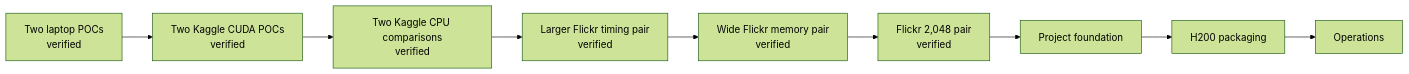
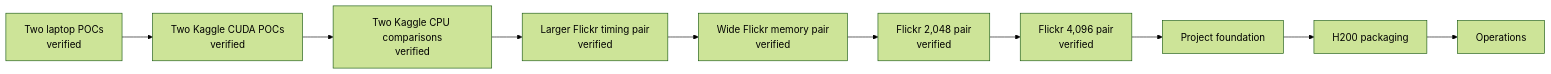
One commit to gh-andirdju/ml changed the diagram in docs/05-plan/phases.md. Above: the diagram before and after it, drawn with Mermaid (forest theme). The commit also changed other lines of this file and 9 other files, not shown here.

````diff
--- a/docs/05-plan/phases.md
+++ b/docs/05-plan/phases.md
@@ -8,11 +9,12 @@
 ```mermaid
 flowchart LR
     local[Two laptop POCs<br/>verified] --> kaggle[Two Kaggle CUDA POCs<br/>verified]
     kaggle --> cpu[Two Kaggle CPU comparisons<br/>verified]
     cpu --> larger[Larger Flickr timing pair<br/>verified]
     larger --> memory[Wide Flickr memory pair<br/>verified]
     memory --> larger_memory[Flickr 2,048 pair<br/>verified]
-    larger_memory --> foundation[Project foundation]
+    larger_memory --> maximum_memory[Flickr 4,096 pair<br/>verified]
+    maximum_memory --> foundation[Project foundation]
     foundation --> cluster[H200 packaging]
     cluster --> operations[Operations]
 ```
````
